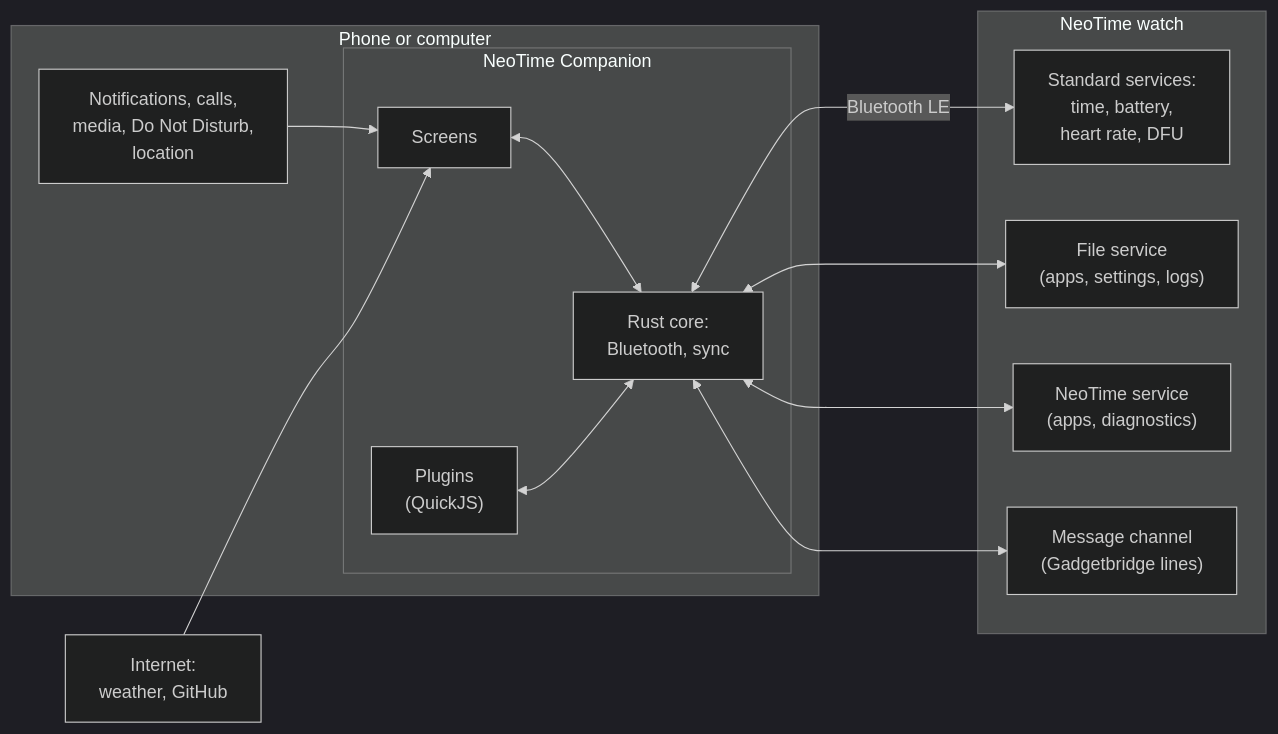
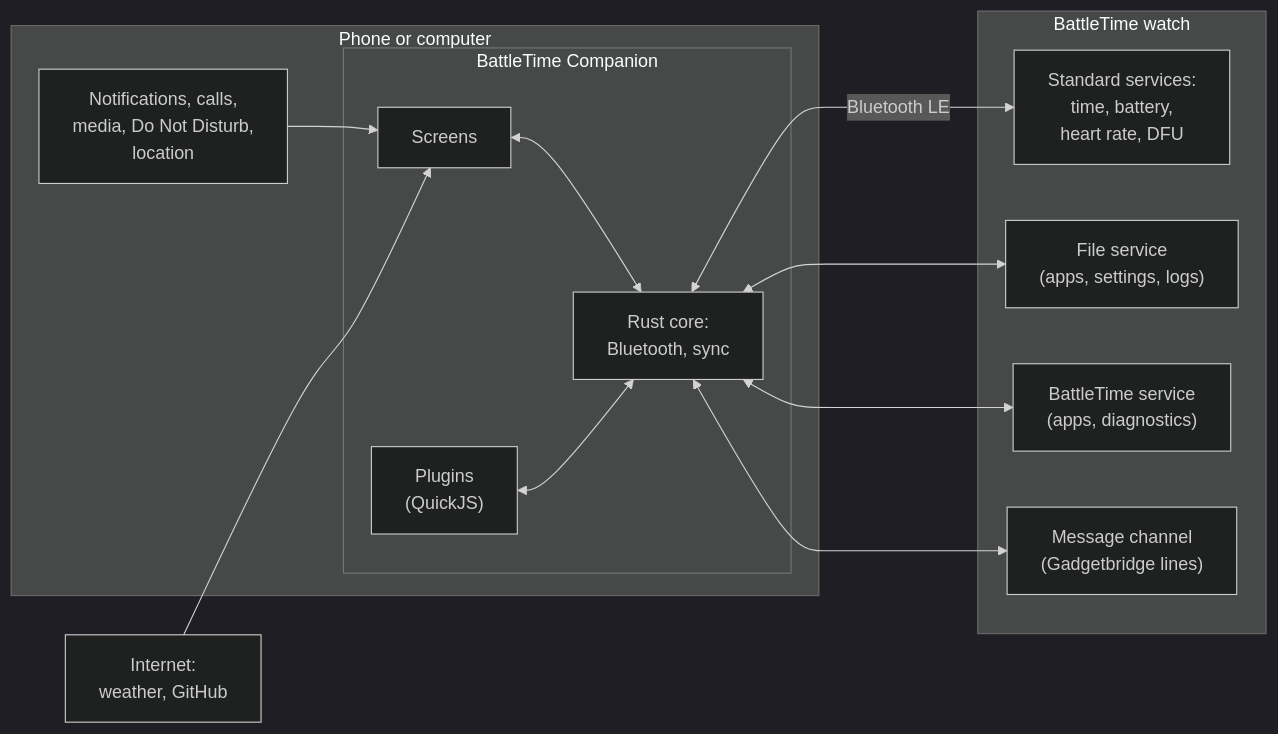
Before and after one commit to BeatLink/BattleTime: the diagram in docs/companion/index.md, drawn with Mermaid (dark theme). The commit also changed other lines of this file and 1595 other files, not shown here.

First line of the commit message:
refactor!: rename NeoTime to BattleTime

````diff
--- a/docs/companion/index.md
+++ b/docs/companion/index.md
@@ -62,25 +62,25 @@
 ```mermaid
 flowchart LR
   subgraph device["Phone or computer"]
     services["Notifications, calls,<br/>media, Do Not Disturb,<br/>location"]
-    subgraph app["NeoTime Companion"]
+    subgraph app["BattleTime Companion"]
       window["Screens"]
       core["Rust core:<br/>Bluetooth, sync"]
       plugins["Plugins<br/>(QuickJS)"]
     end
     services --> window
     window <--> core
     plugins <--> core
   end
-  subgraph watch["NeoTime watch"]
+  subgraph watch["BattleTime watch"]
     gatt["Standard services:<br/>time, battery,<br/>heart rate, DFU"]
     files["File service<br/>(apps, settings, logs)"]
-    neotime["NeoTime service<br/>(apps, diagnostics)"]
+    battletime["BattleTime service<br/>(apps, diagnostics)"]
     uart["Message channel<br/>(Gadgetbridge lines)"]
   end
   core <-->|Bluetooth LE| gatt
   core <--> files
-  core <--> neotime
+  core <--> battletime
   core <--> uart
   internet["Internet:<br/>weather, GitHub"] --> window
 ```
````
